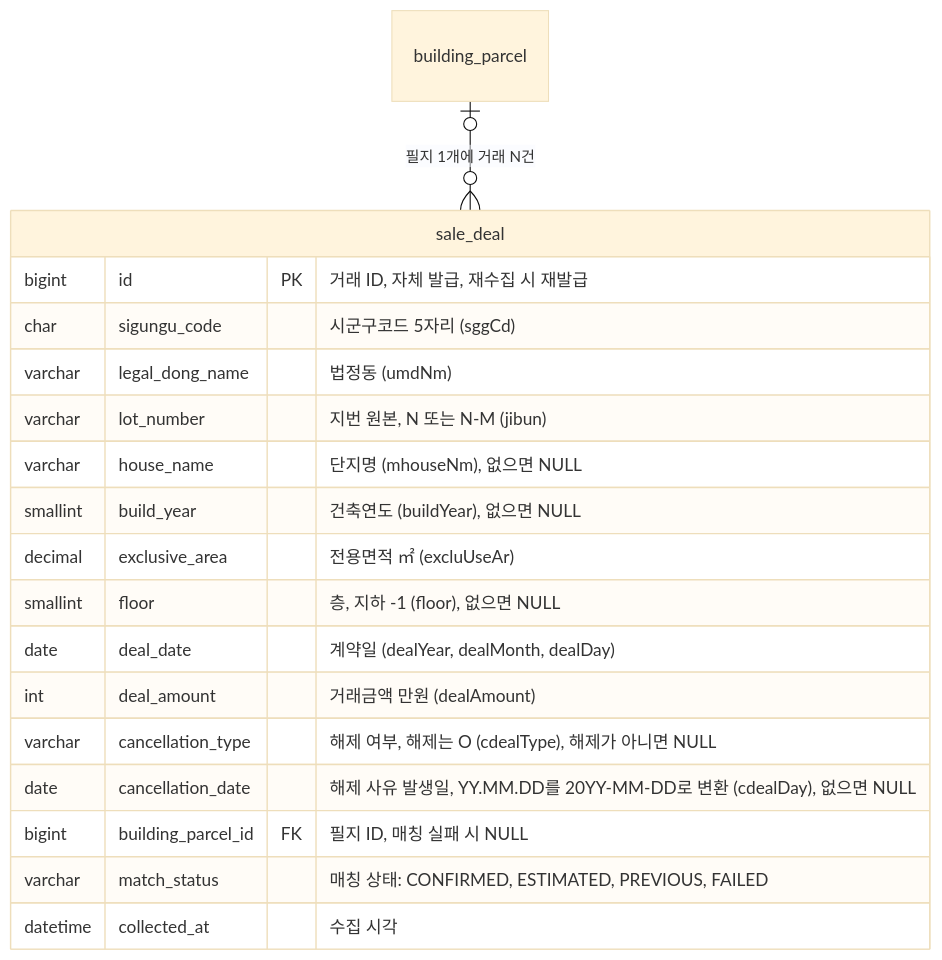
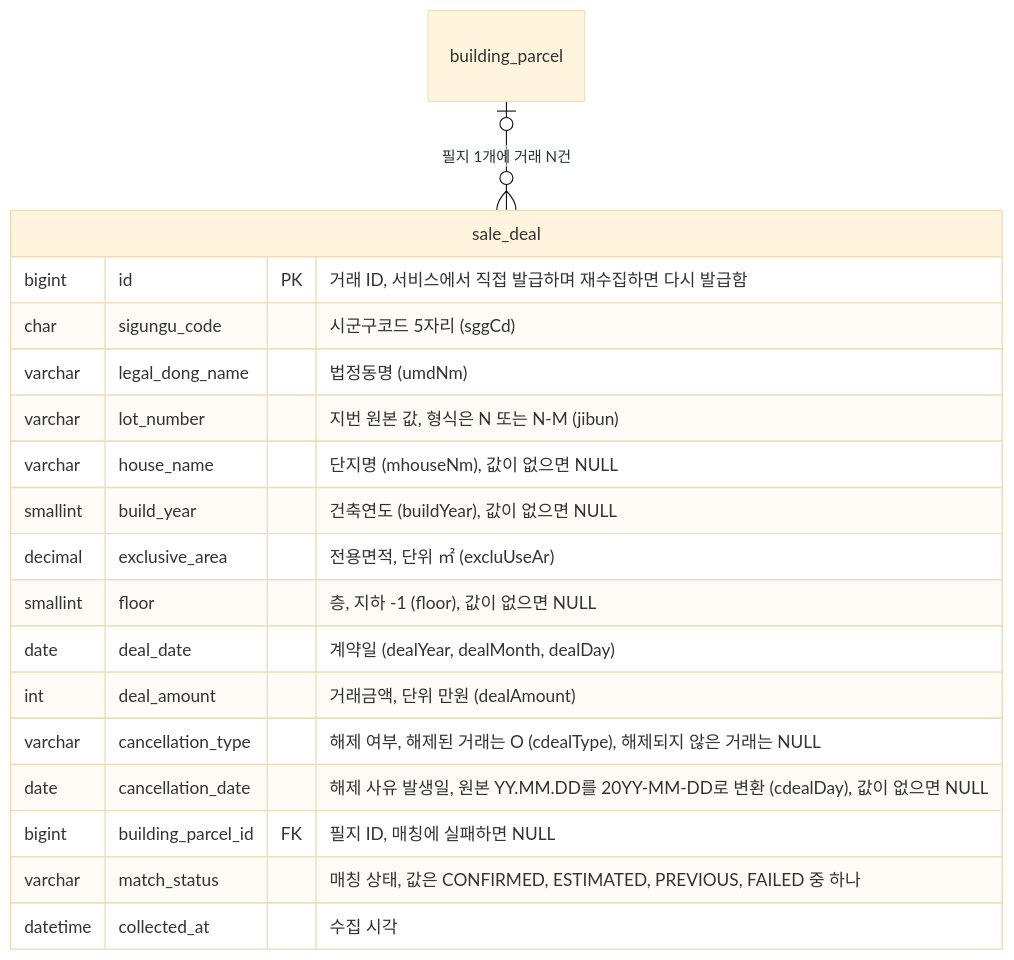
One commit to f-lab-edu/jipsee changed the seventh of 8 diagrams in docs/erd.md. Above: the diagram before and after it, drawn with Mermaid (base theme). The commit also changed other lines of this file and 5 other files, not shown here.

````diff
--- a/docs/erd.md
+++ b/docs/erd.md
@@ -170,21 +168,21 @@
 ```mermaid
 erDiagram
     building_parcel |o--o{ sale_deal : "필지 1개에 거래 N건"
     sale_deal {
-        bigint id PK "거래 ID, 자체 발급, 재수집 시 재발급"
+        bigint id PK "거래 ID, 서비스에서 직접 발급하며 재수집하면 다시 발급함"
         char sigungu_code "시군구코드 5자리 (sggCd)"
-        varchar legal_dong_name "법정동 (umdNm)"
-        varchar lot_number "지번 원본, N 또는 N-M (jibun)"
-        varchar house_name "단지명 (mhouseNm), 없으면 NULL"
-        smallint build_year "건축연도 (buildYear), 없으면 NULL"
-        decimal exclusive_area "전용면적 ㎡ (excluUseAr)"
-        smallint floor "층, 지하 -1 (floor), 없으면 NULL"
+        varchar legal_dong_name "법정동명 (umdNm)"
+        varchar lot_number "지번 원본 값, 형식은 N 또는 N-M (jibun)"
+        varchar house_name "단지명 (mhouseNm), 값이 없으면 NULL"
+        smallint build_year "건축연도 (buildYear), 값이 없으면 NULL"
+        decimal exclusive_area "전용면적, 단위 ㎡ (excluUseAr)"
+        smallint floor "층, 지하 -1 (floor), 값이 없으면 NULL"
         date deal_date "계약일 (dealYear, dealMonth, dealDay)"
-        int deal_amount "거래금액 만원 (dealAmount)"
-        varchar cancellation_type "해제 여부, 해제는 O (cdealType), 해제가 아니면 NULL"
-        date cancellation_date "해제 사유 발생일, YY.MM.DD를 20YY-MM-DD로 변환 (cdealDay), 없으면 NULL"
-        bigint building_parcel_id FK "필지 ID, 매칭 실패 시 NULL"
-        varchar match_status "매칭 상태: CONFIRMED, ESTIMATED, PREVIOUS, FAILED"
+        int deal_amount "거래금액, 단위 만원 (dealAmount)"
+        varchar cancellation_type "해제 여부, 해제된 거래는 O (cdealType), 해제되지 않은 거래는 NULL"
+        date cancellation_date "해제 사유 발생일, 원본 YY.MM.DD를 20YY-MM-DD로 변환 (cdealDay), 값이 없으면 NULL"
+        bigint building_parcel_id FK "필지 ID, 매칭에 실패하면 NULL"
+        varchar match_status "매칭 상태, 값은 CONFIRMED, ESTIMATED, PREVIOUS, FAILED 중 하나"
         datetime collected_at "수집 시각"
     }
 ```
````
